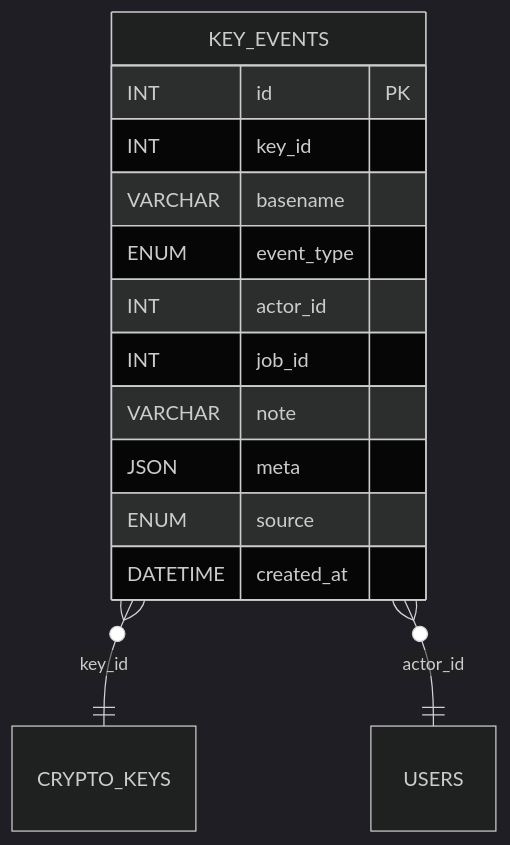
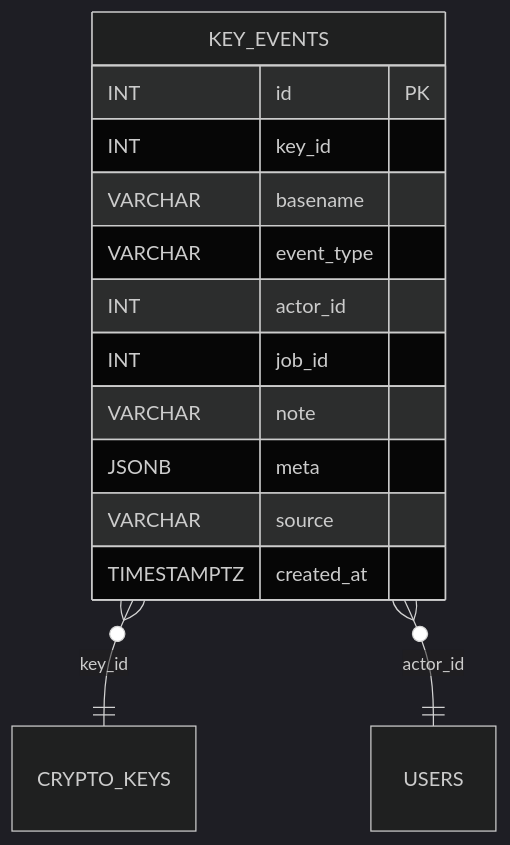
Before and after one commit to blackcatdatabase/table-key-events: the diagram in README.md, drawn with Mermaid (dark theme). The commit also changed other lines of this file and 26 other files, not shown here.

First line of the commit message:
Regen schema (#1)

````diff
--- a/README.md
+++ b/README.md
@@ -60,17 +60,17 @@
 ```mermaid
 erDiagram
   KEY_EVENTS {
     INT id PK
     INT key_id
     VARCHAR basename
-    ENUM event_type
+    VARCHAR event_type
     INT actor_id
     INT job_id
     VARCHAR note
-    JSON meta
-    ENUM source
-    DATETIME created_at
+    JSONB meta
+    VARCHAR source
+    TIMESTAMPTZ created_at
   }
   KEY_EVENTS }o--|| CRYPTO_KEYS : "key_id"
   KEY_EVENTS }o--|| USERS : "actor_id"
 ```
````
